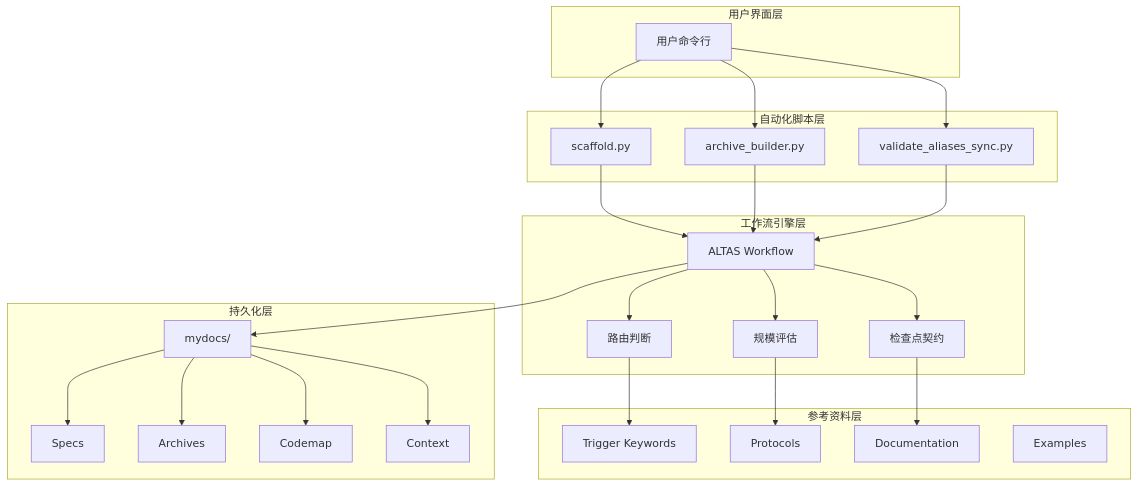
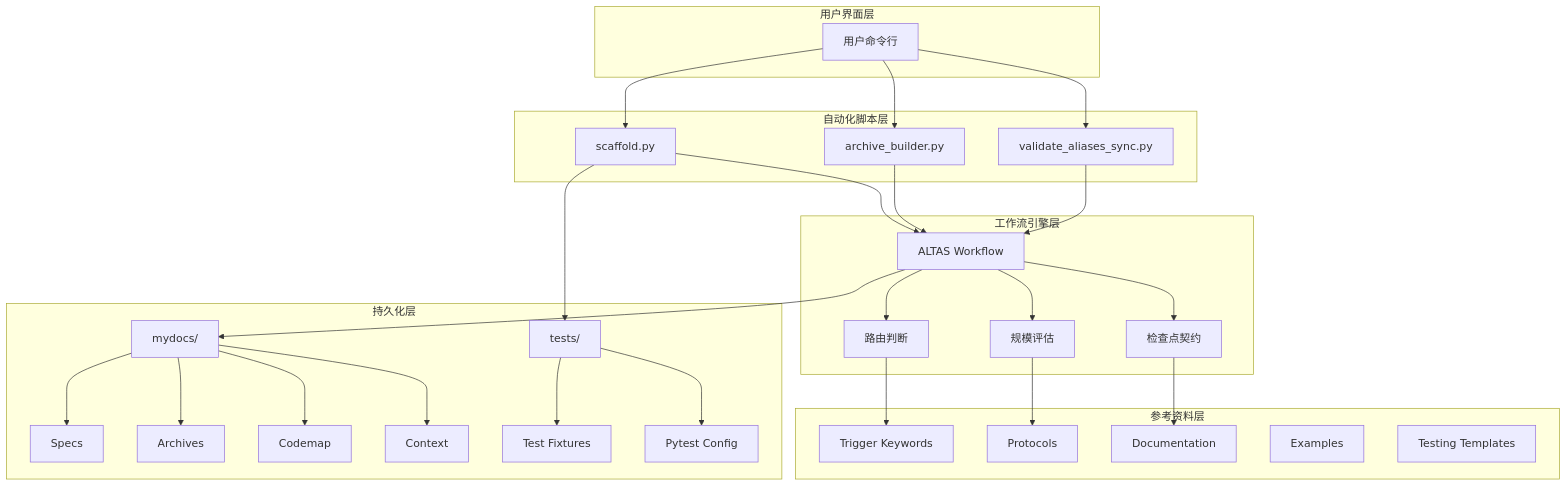
The second of 7 diagrams in .qoder/repowiki/zh/content/自动化工具/脚手架自动化脚本.md (AngelWings1997/altas), drawn with Mermaid before and after one commit. The commit also changed other lines of this file and 16 other files, not shown here.

````diff
--- a/.qoder/repowiki/zh/content/自动化工具/脚手架自动化脚本.md
+++ b/.qoder/repowiki/zh/content/自动化工具/脚手架自动化脚本.md
@@ -126,47 +156,54 @@
 ```mermaid
 graph TB
 subgraph "用户界面层"
 U[用户命令行]
 end
 subgraph "自动化脚本层"
 S[scaffold.py]
 A[archive_builder.py]
 V[validate_aliases_sync.py]
 end
 subgraph "工作流引擎层"
 W[ALTAS Workflow]
 R[路由判断]
 M[规模评估]
 C[检查点契约]
 end
 subgraph "参考资料层"
 T[Trigger Keywords]
 P[Protocols]
 D[Documentation]
 F[Examples]
+TE[Testing Templates]
 end
 subgraph "持久化层"
 O[mydocs/]
 L[Specs]
 K[Archives]
 C1[Codemap]
 C2[Context]
+TS[tests/]
+TF[Test Fixtures]
+TP[Pytest Config]
 end
 U --> S
 U --> A
 U --> V
 S --> W
 A --> W
 V --> W
 W --> R
 W --> M
 W --> C
 R --> T
 M --> P
 C --> D
 W --> O
 O --> L
 O --> K
 O --> C1
 O --> C2
+S --> TS
+TS --> TF
+TS --> TP
 ```
````
